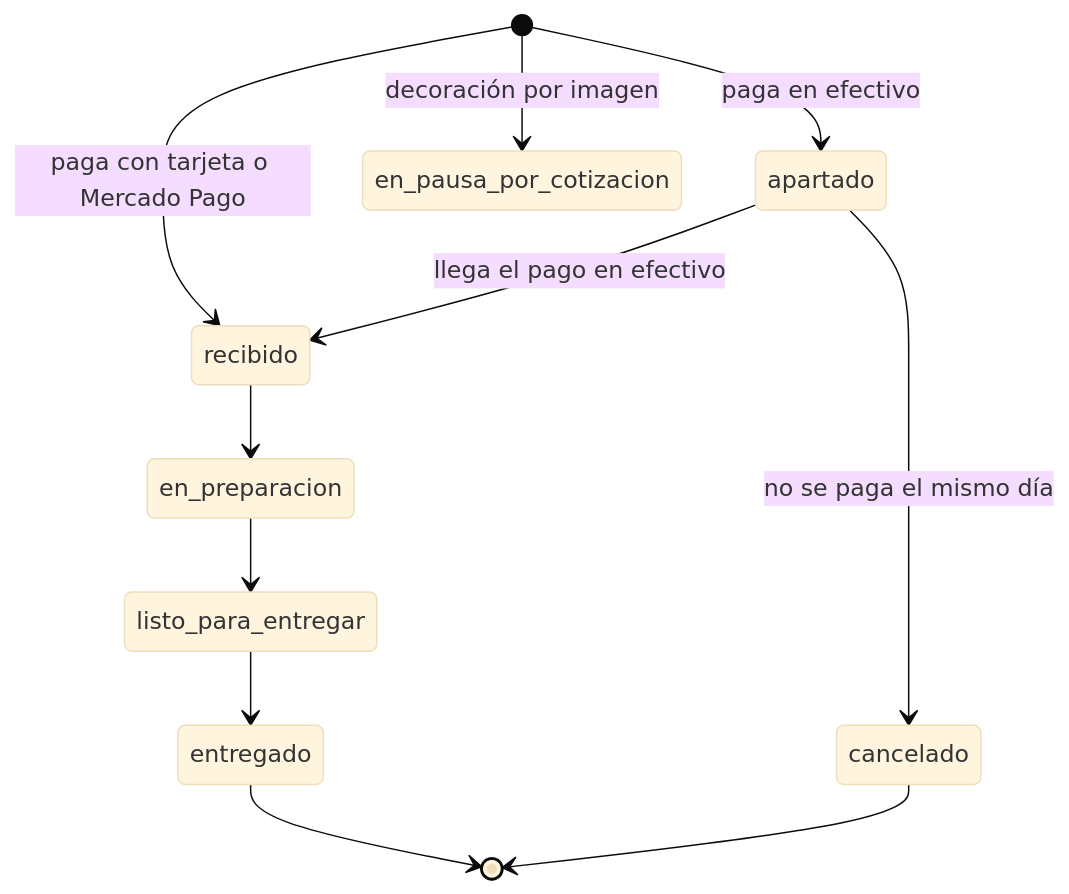
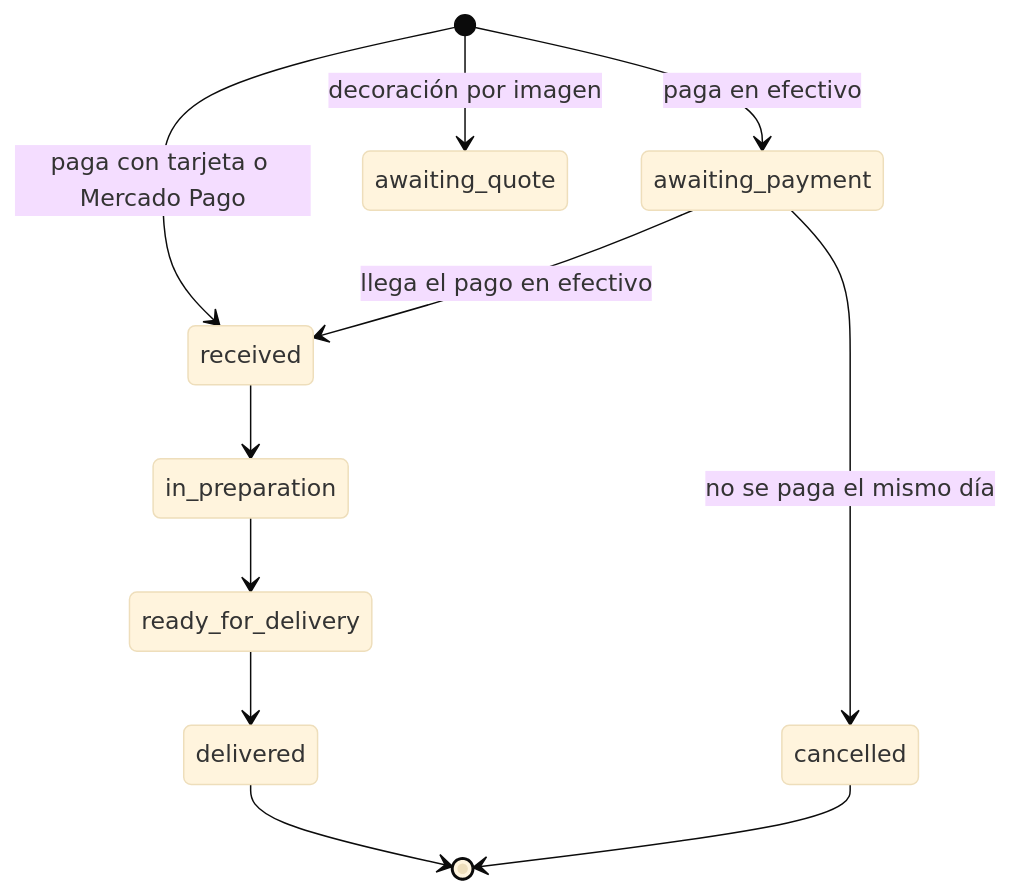
One commit to Yordi-JA/pasteleria-ilusion changed the fifth of 6 diagrams in docs/proyecto/arquitectura.md. Above: the diagram before and after it, drawn with Mermaid (base theme). The commit also changed other lines of this file and 55 other files, not shown here.

````diff
--- a/docs/proyecto/arquitectura.md
+++ b/docs/proyecto/arquitectura.md
@@ -244,13 +244,13 @@
 ```mermaid
 stateDiagram-v2
-    [*] --> apartado : paga en efectivo
-    [*] --> recibido : paga con tarjeta o Mercado Pago
-    [*] --> en_pausa_por_cotizacion : decoración por imagen
-    apartado --> recibido : llega el pago en efectivo
-    apartado --> cancelado : no se paga el mismo día
-    recibido --> en_preparacion
-    en_preparacion --> listo_para_entregar
-    listo_para_entregar --> entregado
-    entregado --> [*]
-    cancelado --> [*]
+    [*] --> awaiting_payment : paga en efectivo
+    [*] --> received : paga con tarjeta o Mercado Pago
+    [*] --> awaiting_quote : decoración por imagen
+    awaiting_payment --> received : llega el pago en efectivo
+    awaiting_payment --> cancelled : no se paga el mismo día
+    received --> in_preparation
+    in_preparation --> ready_for_delivery
+    ready_for_delivery --> delivered
+    delivered --> [*]
+    cancelled --> [*]
 ```
````
